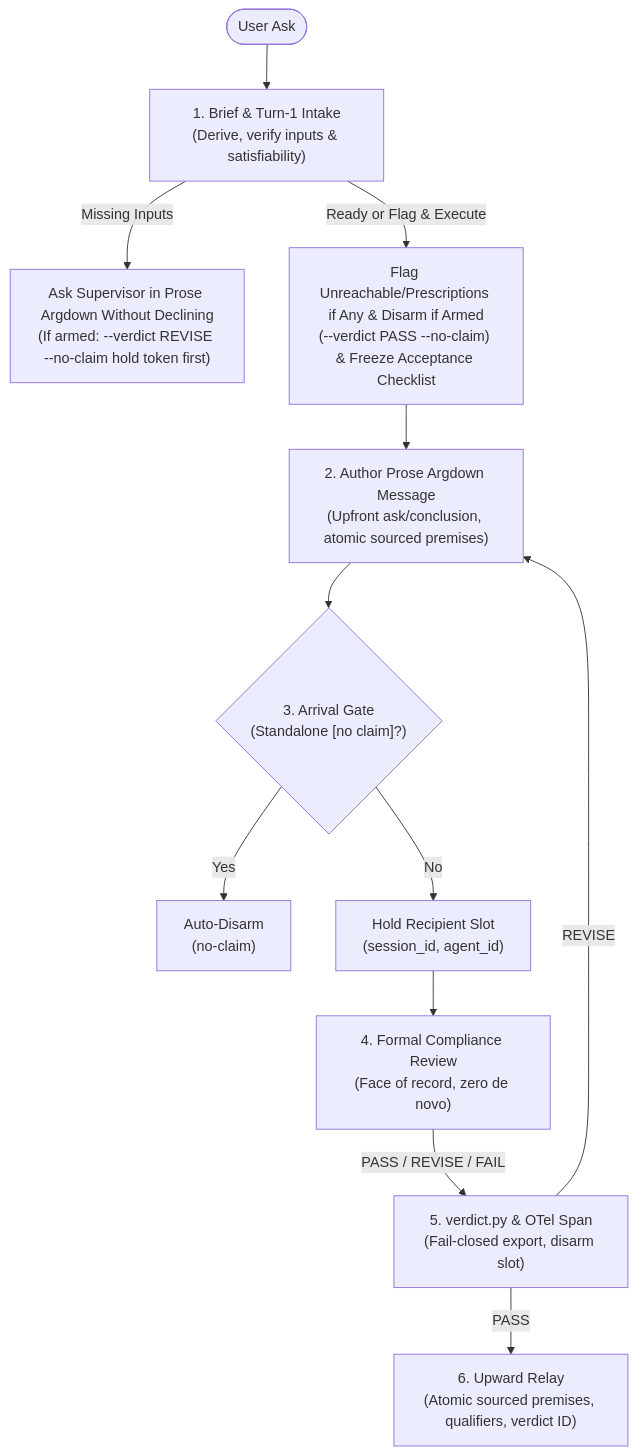
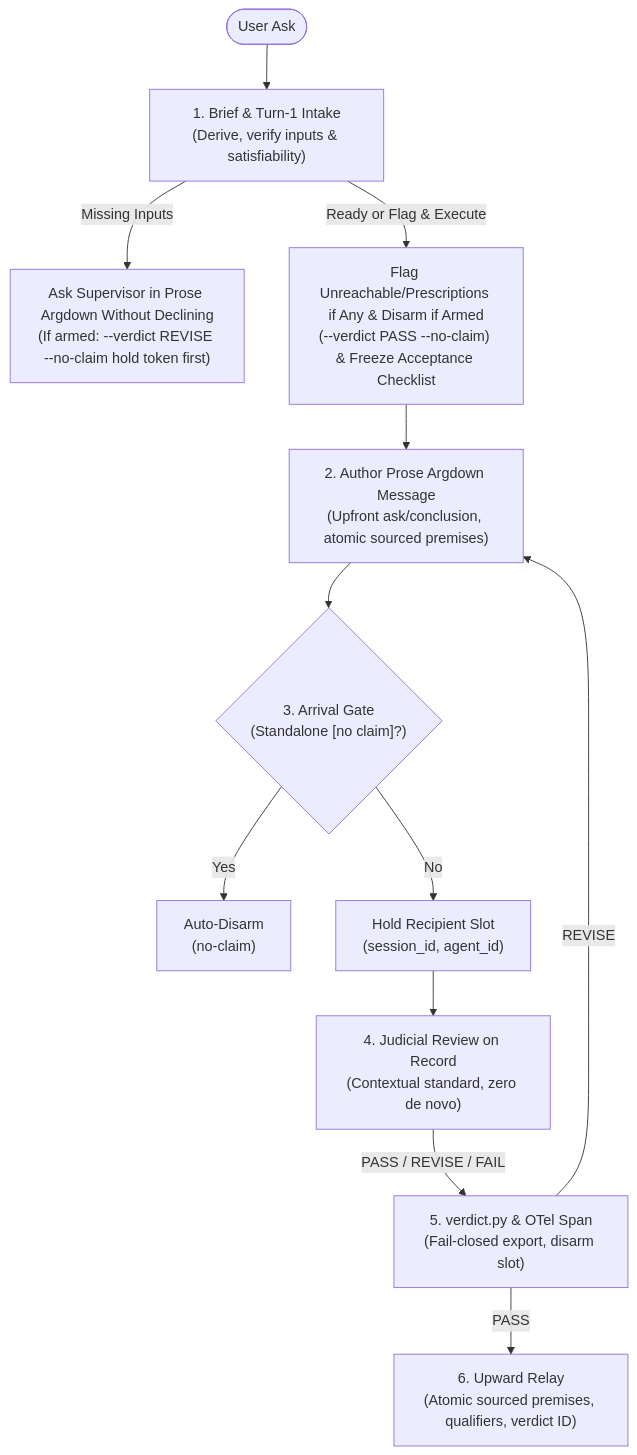
The diagram in specs/enforcement/evidence-contract.md (nicsuzor/academicOps), drawn with Mermaid before and after one commit. The commit also changed other lines of this file and 24 other files, not shown here.

````diff
--- a/specs/enforcement/evidence-contract.md
+++ b/specs/enforcement/evidence-contract.md
@@ -86,14 +86,14 @@
 ```mermaid
 flowchart TD
     Ask(["User Ask"]) --> Brief["1. Brief & Turn-1 Intake<br/>(Derive, verify inputs & satisfiability)"]
     Brief -->|Missing Inputs| BriefClarify["Ask Supervisor in Prose Argdown Without Declining<br/>(If armed: --verdict REVISE --no-claim hold token first)"]
     Brief -->|Ready or Flag & Execute| BriefClear["Flag Unreachable/Prescriptions if Any & Disarm if Armed<br/>(--verdict PASS --no-claim) & Freeze Acceptance Checklist"]
     BriefClear --> Author["2. Author Prose Argdown Message<br/>(Upfront ask/conclusion, atomic sourced premises)"]
     Author --> Gate{"3. Arrival Gate<br/>(Standalone [no claim]?)"}
     Gate -->|Yes| AutoClear["Auto-Disarm<br/>(no-claim)"]
     Gate -->|No| Hold["Hold Recipient Slot<br/>(session_id, agent_id)"]
-    Hold --> Review["4. Formal Compliance Review<br/>(Face of record, zero de novo)"]
+    Hold --> Review["4. Judicial Review on Record<br/>(Contextual standard, zero de novo)"]
     Review -->|PASS / REVISE / FAIL| Record["5. verdict.py & OTel Span<br/>(Fail-closed export, disarm slot)"]
     Record -->|REVISE| Author
     Record -->|PASS| Relay["6. Upward Relay<br/>(Atomic sourced premises, qualifiers, verdict ID)"]
 ```
````
